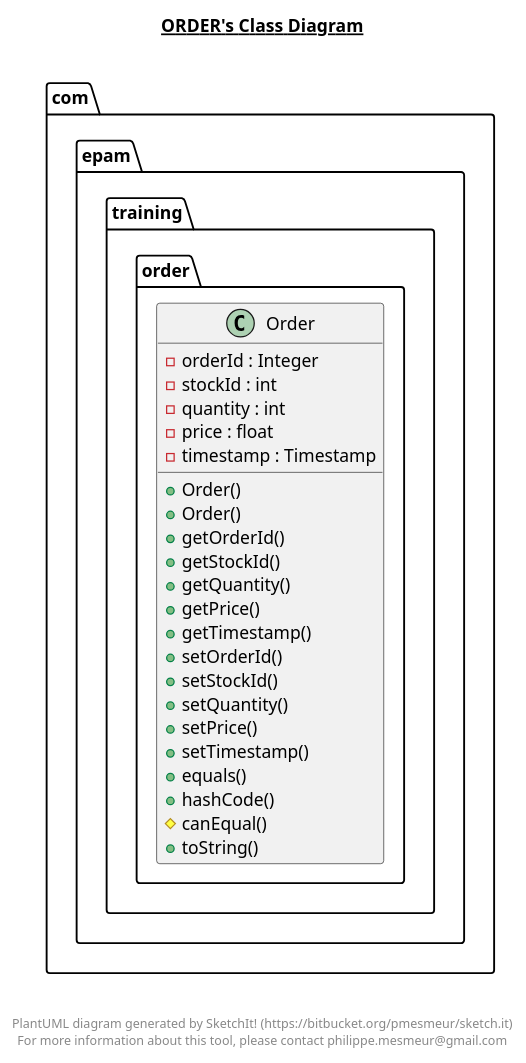
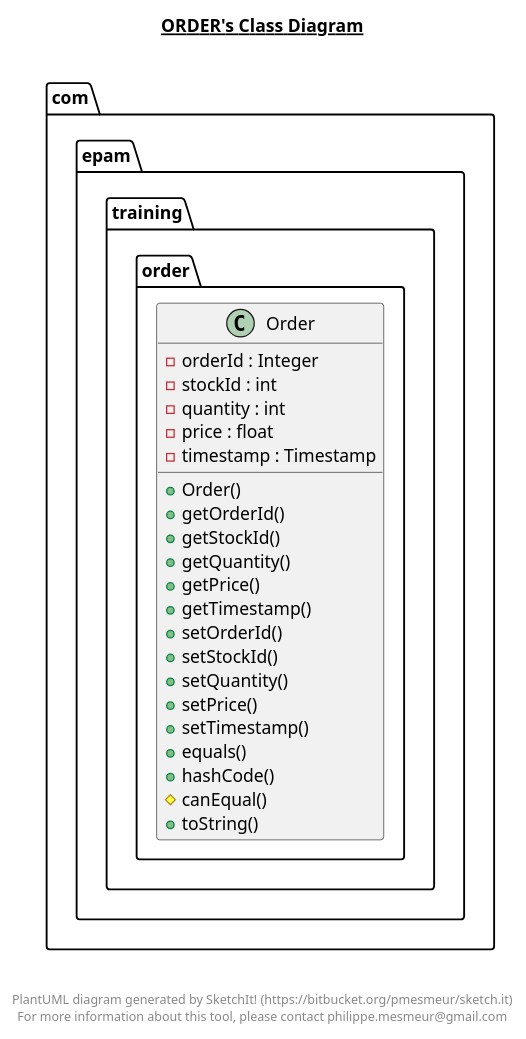
One commit to nik-nenkov/tutoring-rest-api-with-java changed the diagram in src/main/java/com/epam/training/order/order.plantuml. Above: the diagram before and after it, drawn with PlantUML. The commit also changed 16 other files, not shown here.

```diff
--- a/src/main/java/com/epam/training/order/order.plantuml
+++ b/src/main/java/com/epam/training/order/order.plantuml
@@ -1,41 +1,40 @@
 @startuml
 
 title __ORDER's Class Diagram__\n
 
   package com.epam.training.order {
     class Order {
         - orderId : Integer
         - stockId : int
         - quantity : int
         - price : float
         - timestamp : Timestamp
-        + Order()
         + Order()
         + getOrderId()
         + getStockId()
         + getQuantity()
         + getPrice()
         + getTimestamp()
         + setOrderId()
         + setStockId()
         + setQuantity()
         + setPrice()
         + setTimestamp()
         + equals()
         + hashCode()
         # canEqual()
         + toString()
     }
   }
   
 
 
 
 right footer
 
 
 PlantUML diagram generated by SketchIt! (https://bitbucket.org/pmesmeur/sketch.it)
 For more information about this tool, please contact philippe.mesmeur@gmail.com
 endfooter
 
 @enduml
```
